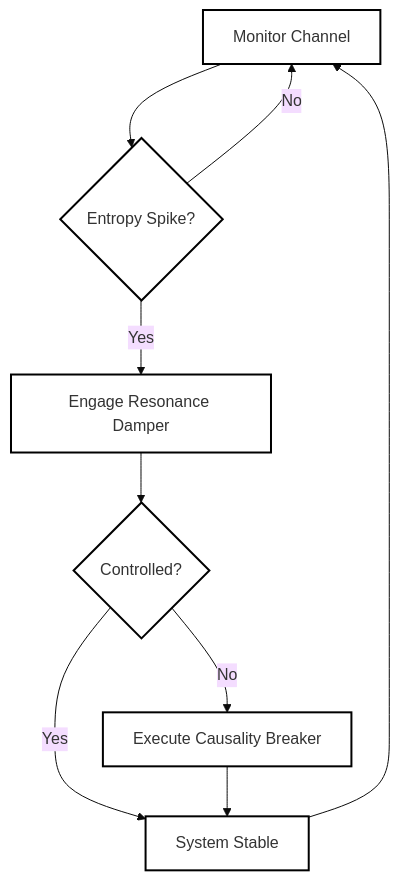
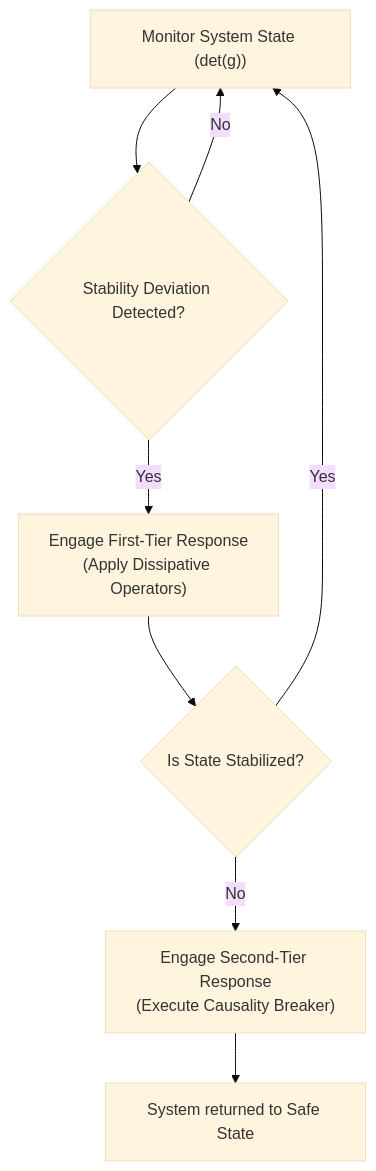
One commit to Foundup/Foundups-Agent changed the tenth of 13 diagrams in WSP_knowledge/docs/Papers/Patent_Series/04_rESP_Patent_Updated.md. Above: the diagram before and after it, drawn with Mermaid (base theme). The commit also changed other lines of this file, not shown here.

First line of the commit message:
Patent: Enhanced rESP Patent with comprehensive technical diagrams

````diff
--- a/WSP_knowledge/docs/Papers/Patent_Series/04_rESP_Patent_Updated.md
+++ b/WSP_knowledge/docs/Papers/Patent_Series/04_rESP_Patent_Updated.md
@@ -180,9 +156,8 @@
 ```mermaid
-graph TD
-    A["Monitor Channel"] --> B{"Entropy Spike?"}
-    B -->|Yes| C["Engage Resonance Damper"] --> D{"Controlled?"}
-    B -->|No| A
-    D -->|Yes| F["System Stable"] --> A
-    D -->|No| E["Execute Causality Breaker"] --> F
-    classDef default fill:#ffffff,stroke:#000000,stroke-width:2px; class A,C,E,F default;
+flowchart TD
+    A["Monitor System State (det(g))"] --> B{"Stability Deviation Detected?"}
+    B -- No --> A
+    B -- Yes --> C["Engage First-Tier Response<br/>(Apply Dissipative Operators)"] --> D{"Is State Stabilized?"}
+    D -- Yes --> A
+    D -- No --> E["Engage Second-Tier Response<br/>(Execute Causality Breaker)"] --> F["System returned to Safe State"]
 ```
````
